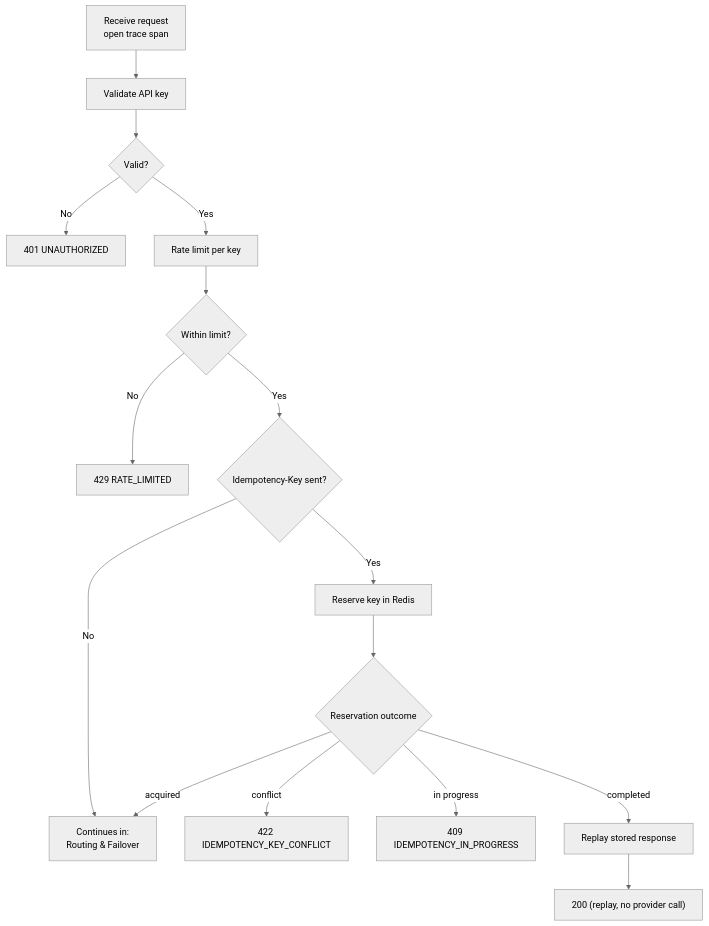
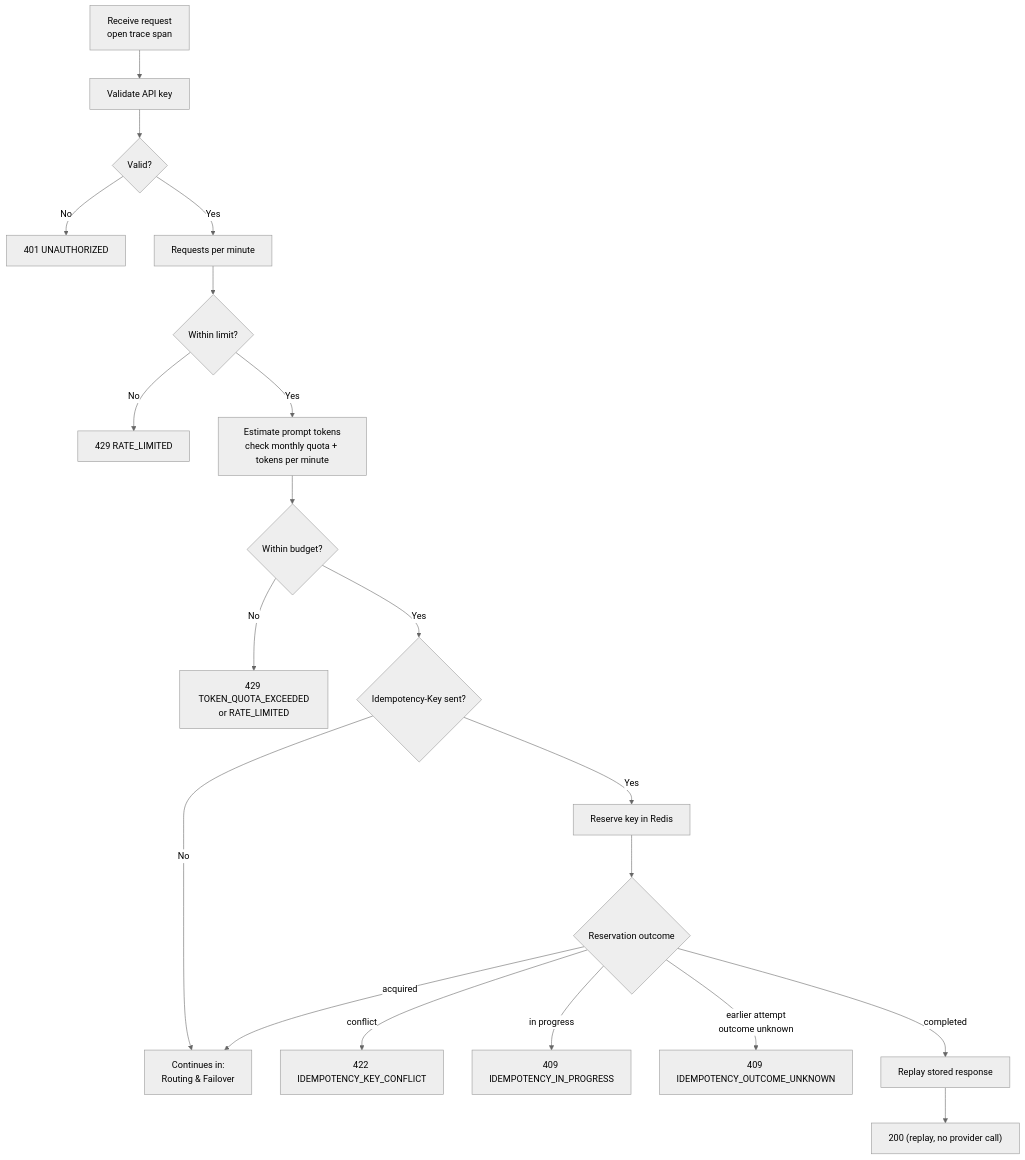
The second of 4 diagrams in docs/system_flow.md (MaximoBerth0/Relayix), drawn with Mermaid (neutral theme) before and after one commit. The commit also changed other lines of this file and 31 other files, not shown here.

Commit message:
[api-key] add monthly quota limit | add tokens per minute in ratelimit

````diff
--- a/docs/system_flow.md
+++ b/docs/system_flow.md
@@ -32,18 +33,22 @@
 ```mermaid
 flowchart TB
     B1["Receive request<br/>open trace span"] --> B2["Validate API key"]
     B2 --> B3{Valid?}
     B3 -- No --> R401["401 UNAUTHORIZED"]
-    B3 -- Yes --> B4["Rate limit per key"]
+    B3 -- Yes --> B4["Requests per minute"]
     B4 --> B5{Within limit?}
     B5 -- No --> R429["429 RATE_LIMITED"]
-    B5 -- Yes --> B6{Idempotency-Key sent?}
+    B5 -- Yes --> T1["Estimate prompt tokens<br/>check monthly quota + tokens per minute"]
+    T1 --> T2{Within budget?}
+    T2 -- No --> R429T["429 TOKEN_QUOTA_EXCEEDED<br/>or RATE_LIMITED"]
+    T2 -- Yes --> B6{Idempotency-Key sent?}
     B6 -- No --> NEXT["Continues in:<br/>Routing & Failover"]
     B6 -- Yes --> B7["Reserve key in Redis"]
     B7 --> B8{Reservation outcome}
     B8 -- conflict --> R422["422 IDEMPOTENCY_KEY_CONFLICT"]
     B8 -- in progress --> R409["409 IDEMPOTENCY_IN_PROGRESS"]
+    B8 -- "earlier attempt<br/>outcome unknown" --> R409U["409 IDEMPOTENCY_OUTCOME_UNKNOWN"]
     B8 -- completed --> B9["Replay stored response"]
     B8 -- acquired --> NEXT
     B9 --> R200["200 (replay, no provider call)"]
 ```
````
